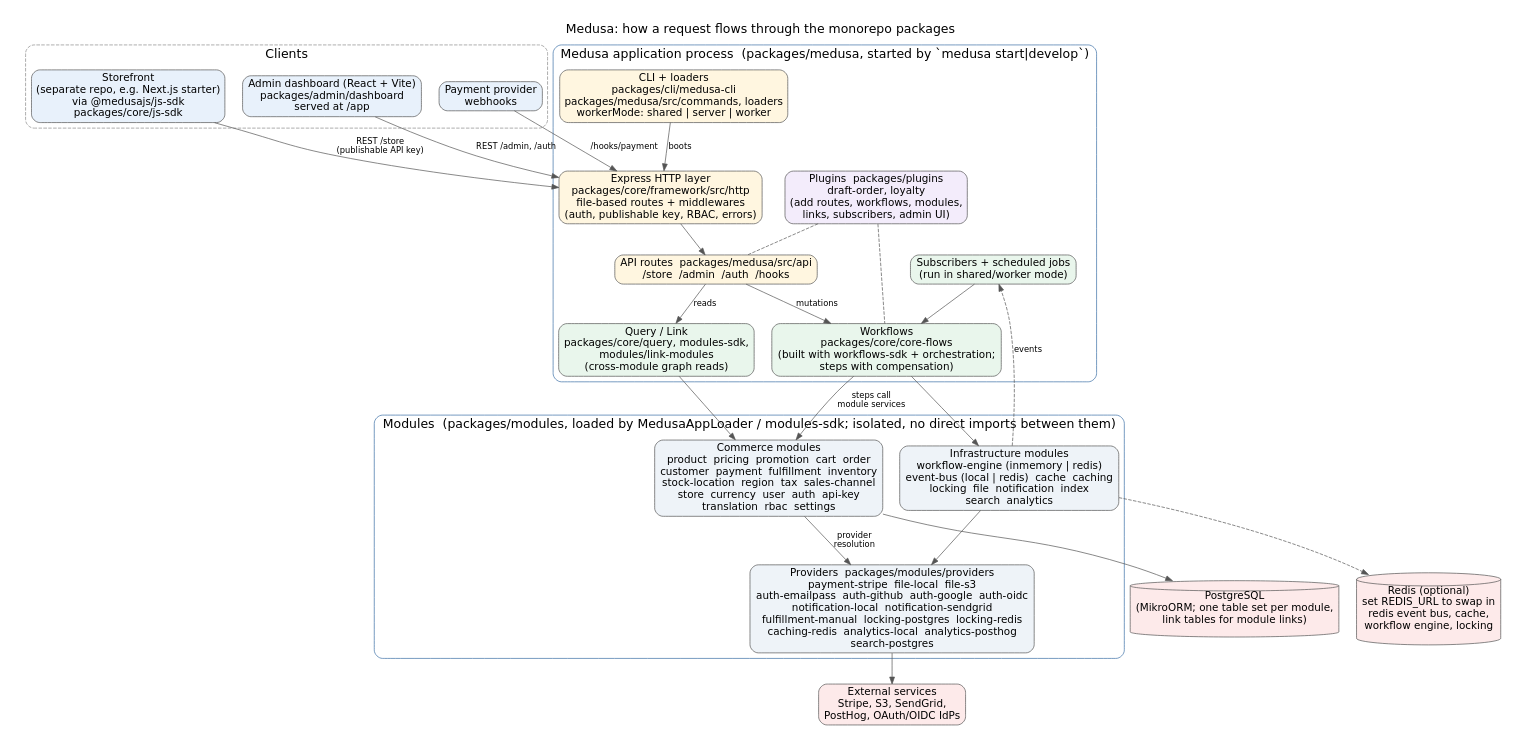
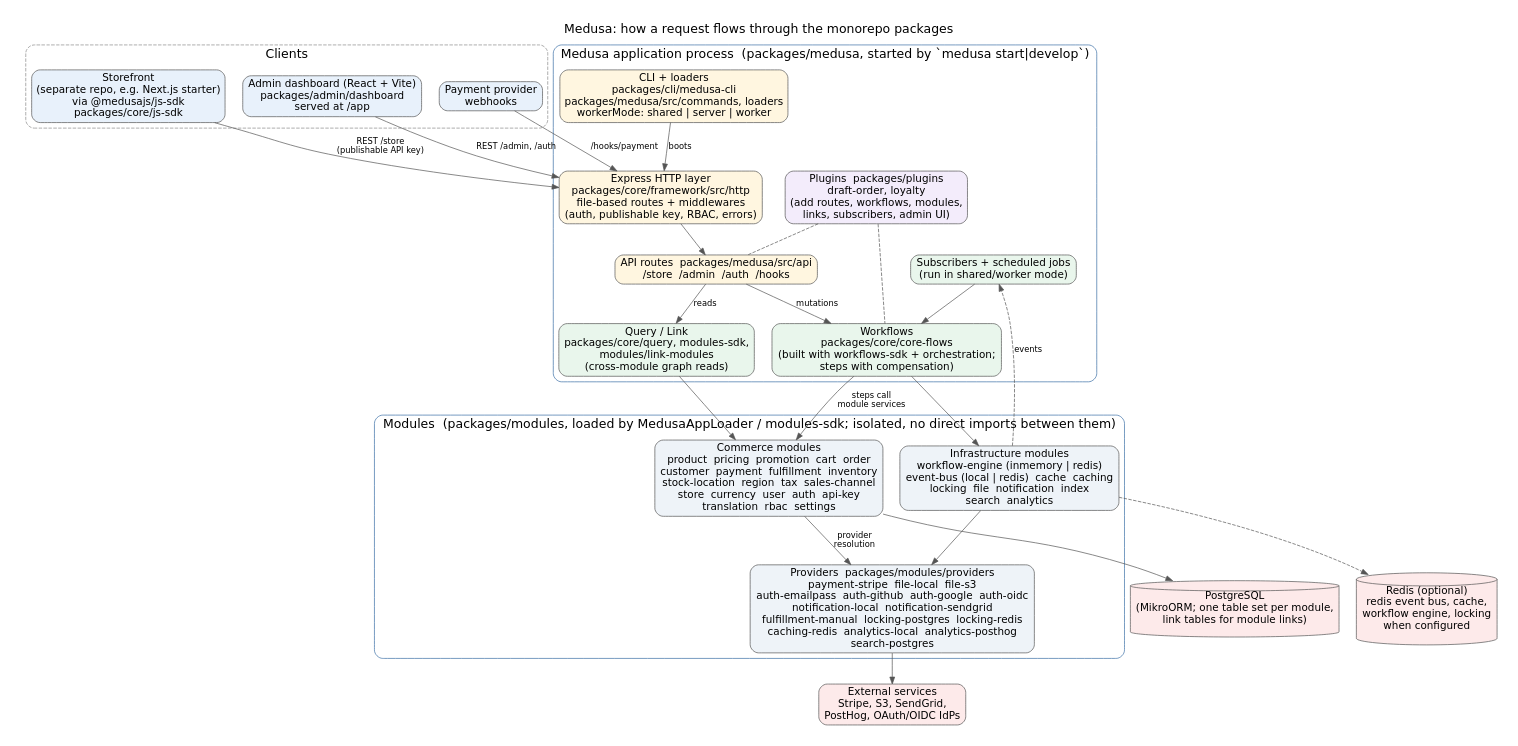
Before and after one commit to COG-GTM/medusa: the diagram in docs/diagrams/architecture.dot, drawn with Graphviz. The commit also changed 3 other files, not shown here.

```diff
--- a/docs/diagrams/architecture.dot
+++ b/docs/diagrams/architecture.dot
@@ -1,57 +1,57 @@
 // Medusa monorepo runtime architecture (develop branch).
 // Edit this file, then run ./render.sh to regenerate architecture.png and architecture.svg.
 digraph medusa {
   graph [rankdir=TB, fontname="DejaVu Sans", fontsize=18, nodesep=0.35, ranksep=0.6,
          labelloc=t, label="Medusa: how a request flows through the monorepo packages", pad=0.3]
   node  [shape=box, style="rounded,filled", fontname="DejaVu Sans", fontsize=15, fillcolor=white, color="#555555"]
   edge  [fontname="DejaVu Sans", fontsize=12, color="#555555"]
 
   subgraph cluster_clients {
     label="Clients"; style="rounded,dashed"; color="#888888"
     storefront [label="Storefront\n(separate repo, e.g. Next.js starter)\nvia @medusajs/js-sdk\npackages/core/js-sdk", fillcolor="#e8f1fb"]
     admin_ui   [label="Admin dashboard (React + Vite)\npackages/admin/dashboard\nserved at /app", fillcolor="#e8f1fb"]
     webhooks   [label="Payment provider\nwebhooks", fillcolor="#e8f1fb"]
   }
 
   subgraph cluster_app {
     label="Medusa application process  (packages/medusa, started by `medusa start|develop`)"; style="rounded"; color="#3b6ea5"
     cli     [label="CLI + loaders\npackages/cli/medusa-cli\npackages/medusa/src/commands, loaders\nworkerMode: shared | server | worker", fillcolor="#fff6e0"]
     http    [label="Express HTTP layer\npackages/core/framework/src/http\nfile-based routes + middlewares\n(auth, publishable key, RBAC, errors)", fillcolor="#fff6e0"]
     routes  [label="API routes  packages/medusa/src/api\n/store  /admin  /auth  /hooks", fillcolor="#fff6e0"]
     flows   [label="Workflows\npackages/core/core-flows\n(built with workflows-sdk + orchestration;\nsteps with compensation)", fillcolor="#e9f6ec"]
     query   [label="Query / Link\npackages/core/query, modules-sdk,\nmodules/link-modules\n(cross-module graph reads)", fillcolor="#e9f6ec"]
     bg      [label="Subscribers + scheduled jobs\n(run in shared/worker mode)", fillcolor="#e9f6ec"]
     plugins [label="Plugins  packages/plugins\ndraft-order, loyalty\n(add routes, workflows, modules,\nlinks, subscribers, admin UI)", fillcolor="#f3ecfb"]
   }
 
   subgraph cluster_modules {
     label="Modules  (packages/modules, loaded by MedusaAppLoader / modules-sdk; isolated, no direct imports between them)"; style="rounded"; color="#3b6ea5"
     commerce [label="Commerce modules\nproduct  pricing  promotion  cart  order\ncustomer  payment  fulfillment  inventory\nstock-location  region  tax  sales-channel\nstore  currency  user  auth  api-key\ntranslation  rbac  settings", fillcolor="#eef3f8"]
     infra    [label="Infrastructure modules\nworkflow-engine (inmemory | redis)\nevent-bus (local | redis)  cache  caching\nlocking  file  notification  index\nsearch  analytics", fillcolor="#eef3f8"]
     providers [label="Providers  packages/modules/providers\npayment-stripe  file-local  file-s3\nauth-emailpass  auth-github  auth-google  auth-oidc\nnotification-local  notification-sendgrid\nfulfillment-manual  locking-postgres  locking-redis\ncaching-redis  analytics-local  analytics-posthog\nsearch-postgres", fillcolor="#eef3f8"]
   }
 
   pg    [label="PostgreSQL\n(MikroORM; one table set per module,\nlink tables for module links)", shape=cylinder, fillcolor="#fdeaea"]
-  redis [label="Redis (optional)\nset REDIS_URL to swap in\nredis event bus, cache,\nworkflow engine, locking", shape=cylinder, fillcolor="#fdeaea"]
+  redis [label="Redis (optional)\nredis event bus, cache,\nworkflow engine, locking\nwhen configured", shape=cylinder, fillcolor="#fdeaea"]
   ext   [label="External services\nStripe, S3, SendGrid,\nPostHog, OAuth/OIDC IdPs", fillcolor="#fdeaea"]
 
   storefront -> http [label="REST /store\n(publishable API key)"]
   admin_ui   -> http [label="REST /admin, /auth"]
   webhooks   -> http [label="/hooks/payment"]
   cli -> http [label="boots"]
   http -> routes
   routes -> flows [label="mutations"]
   routes -> query [label="reads"]
   flows -> commerce [label="steps call\nmodule services"]
   flows -> infra
   query -> commerce
   bg -> flows
   infra -> bg [label="events", style=dashed]
   plugins -> routes [style=dashed, arrowhead=none]
   plugins -> flows [style=dashed, arrowhead=none]
   commerce -> providers [label="provider\nresolution"]
   infra -> providers
   commerce -> pg
   infra -> redis [style=dashed]
   providers -> ext
 }
```
